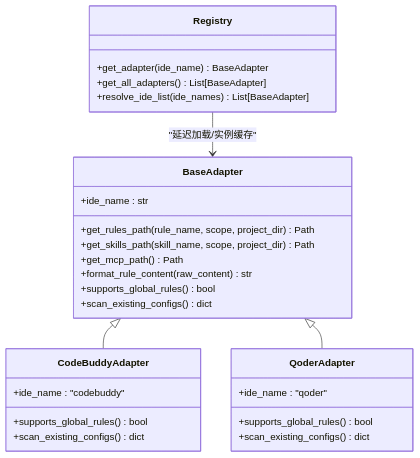
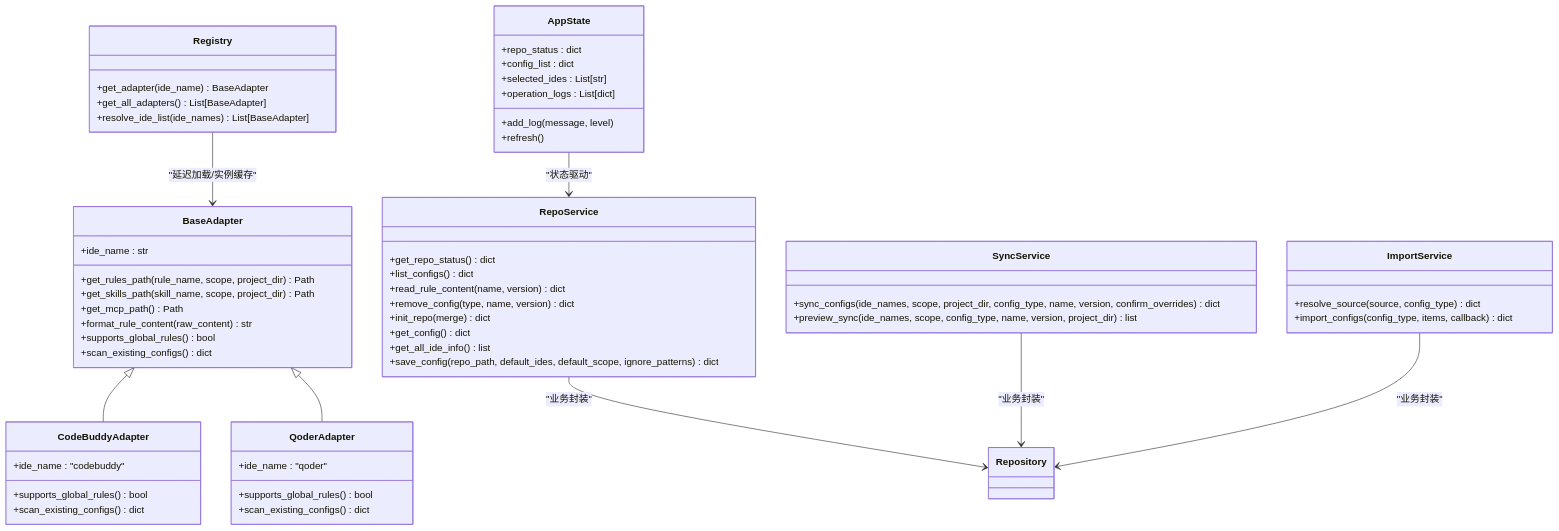
One commit to MapleWan/MSR changed the second of 10 diagrams in .qoder/repowiki/zh/content/开发者指南/开发者指南.md. Above: the diagram before and after it, drawn with Mermaid. The commit also changed other lines of this file and 13 other files, not shown here.

````diff
--- a/.qoder/repowiki/zh/content/开发者指南/开发者指南.md
+++ b/.qoder/repowiki/zh/content/开发者指南/开发者指南.md
@@ -128,30 +175,60 @@
 ```mermaid
 classDiagram
 class BaseAdapter {
 +ide_name : str
 +get_rules_path(rule_name, scope, project_dir) Path
 +get_skills_path(skill_name, scope, project_dir) Path
 +get_mcp_path() Path
 +format_rule_content(raw_content) str
 +supports_global_rules() bool
 +scan_existing_configs() dict
 }
 class Registry {
 +get_adapter(ide_name) BaseAdapter
 +get_all_adapters() List[BaseAdapter]
 +resolve_ide_list(ide_names) List[BaseAdapter]
 }
 class CodeBuddyAdapter {
 +ide_name : "codebuddy"
 +supports_global_rules() bool
 +scan_existing_configs() dict
 }
 class QoderAdapter {
 +ide_name : "qoder"
 +supports_global_rules() bool
 +scan_existing_configs() dict
 }
+class AppState {
++repo_status : dict
++config_list : dict
++selected_ides : List[str]
++operation_logs : List[dict]
++add_log(message, level)
++refresh()
+}
+class RepoService {
++get_repo_status() dict
++list_configs() dict
++read_rule_content(name, version) dict
++remove_config(type, name, version) dict
++init_repo(merge) dict
++get_config() dict
++get_all_ide_info() list
++save_config(repo_path, default_ides, default_scope, ignore_patterns) dict
+}
+class SyncService {
++sync_configs(ide_names, scope, project_dir, config_type, name, version, confirm_overrides) dict
++preview_sync(ide_names, scope, config_type, name, version, project_dir) list
+}
+class ImportService {
++resolve_source(source, config_type) dict
++import_configs(config_type, items, callback) dict
+}
 BaseAdapter <|-- CodeBuddyAdapter
 BaseAdapter <|-- QoderAdapter
 Registry --> BaseAdapter : "延迟加载/实例缓存"
+AppState --> RepoService : "状态驱动"
+RepoService --> Repository : "业务封装"
+SyncService --> Repository : "业务封装"
+ImportService --> Repository : "业务封装"
 ```
````
